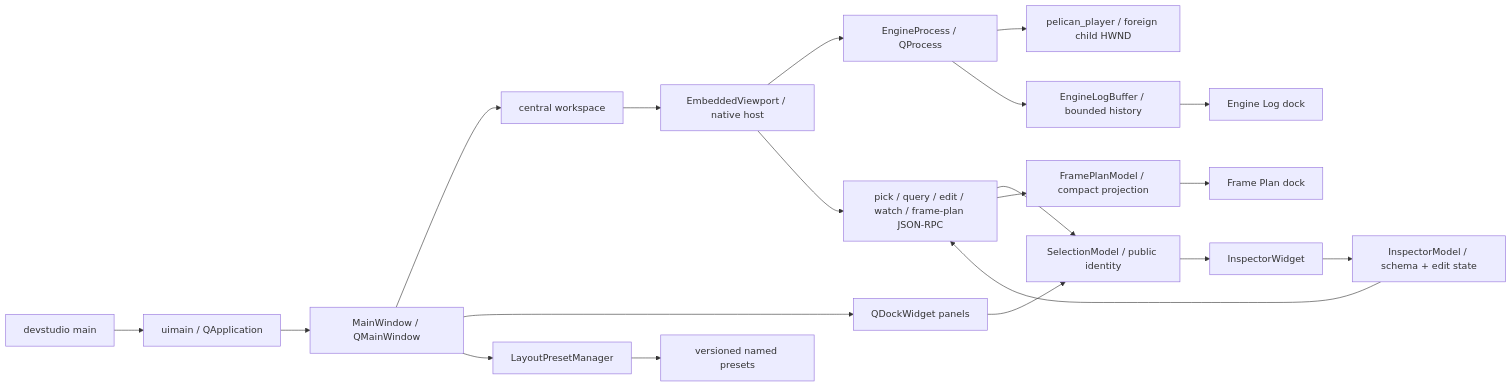
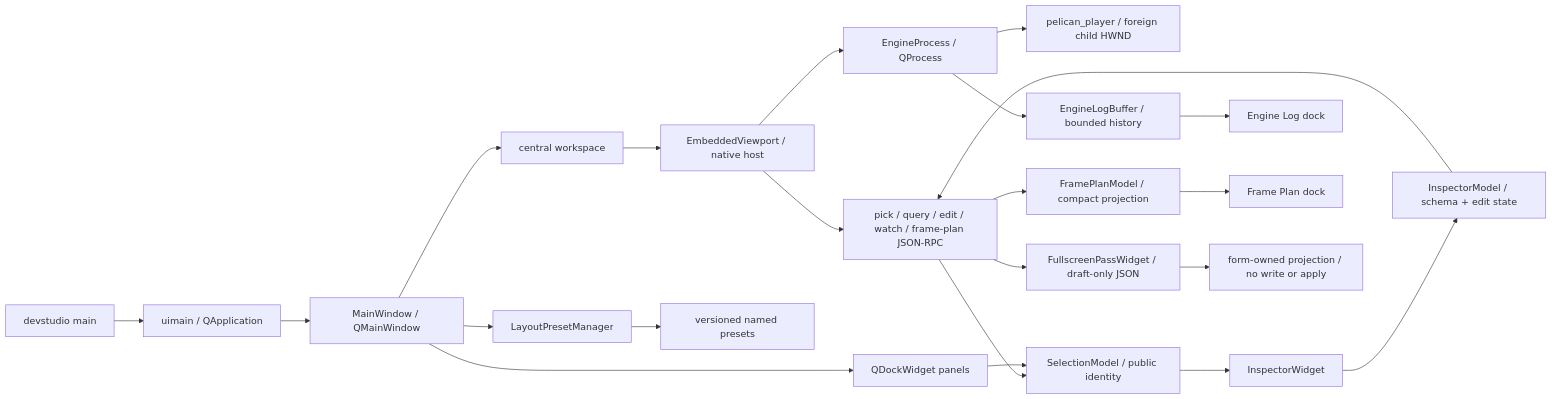
Before and after one commit to pelican-games/peligraph: the diagram in docs/source-code-guide/07_tools_rpc_tests.md, drawn with Mermaid. The commit also changed other lines of this file and 10 other files, not shown here.

````diff
--- a/docs/source-code-guide/07_tools_rpc_tests.md
+++ b/docs/source-code-guide/07_tools_rpc_tests.md
@@ -176,22 +176,24 @@
 ```mermaid
 flowchart LR
     Main["devstudio main"] --> UI["uimain / QApplication"]
     UI --> Window["MainWindow / QMainWindow"]
     Window --> Workspace["central workspace"]
     Workspace --> Viewport["EmbeddedViewport / native host"]
     Viewport --> Process["EngineProcess / QProcess"]
     Process --> Player["pelican_player / foreign child HWND"]
     Viewport --> Rpc["pick / query / edit / watch / frame-plan JSON-RPC"]
     Rpc --> Selection["SelectionModel / public identity"]
     Docks --> Selection
     Selection --> Inspector["InspectorWidget"]
     Inspector --> InspectorModel["InspectorModel / schema + edit state"]
     InspectorModel --> Rpc
     Process --> LogBuffer["EngineLogBuffer / bounded history"]
     LogBuffer --> LogDock["Engine Log dock"]
     Rpc --> PlanModel["FramePlanModel / compact projection"]
     PlanModel --> PlanDock["Frame Plan dock"]
+    Rpc --> PassForm["FullscreenPassWidget / draft-only JSON"]
+    PassForm --> Draft["form-owned projection / no write or apply"]
     Window --> Docks["QDockWidget panels"]
     Window --> Layout["LayoutPresetManager"]
     Layout --> Files["versioned named presets"]
 ```
````
